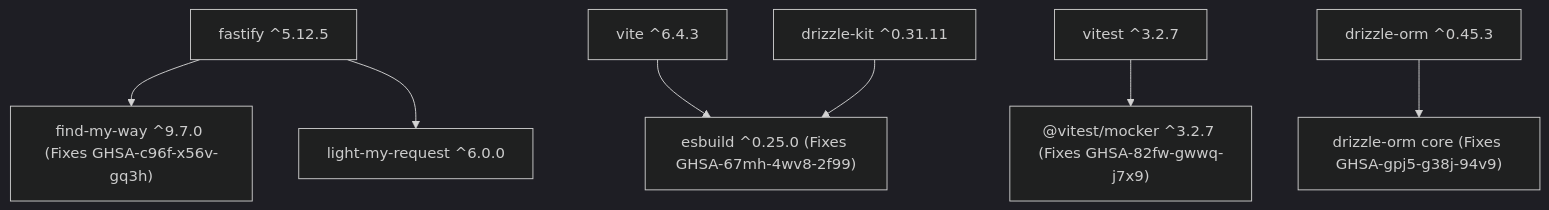
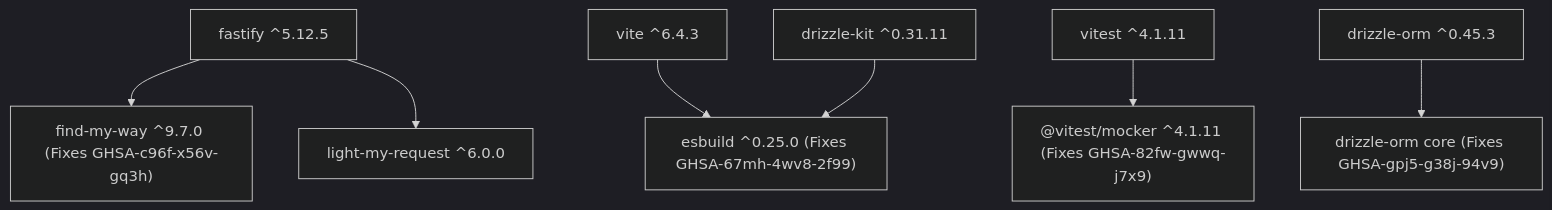
Before and after one commit to jar-ce/FinanceCommandCenter: the diagram in docs/PHASE_21_DEPENDENCY_SECURITY_RUNTIME_MODERNIZATION_PLAN.md, drawn with Mermaid (dark theme). The commit also changed other lines of this file, not shown here.

````diff
--- a/docs/PHASE_21_DEPENDENCY_SECURITY_RUNTIME_MODERNIZATION_PLAN.md
+++ b/docs/PHASE_21_DEPENDENCY_SECURITY_RUNTIME_MODERNIZATION_PLAN.md
@@ -158,9 +169,9 @@
 ```mermaid
 graph TD
     Fastify5["fastify ^5.12.5"] --> FindMyWay["find-my-way ^9.7.0 (Fixes GHSA-c96f-x56v-gq3h)"]
     Fastify5 --> LightMyRequest["light-my-request ^6.0.0"]
     Vite6["vite ^6.4.3"] --> Esbuild25["esbuild ^0.25.0 (Fixes GHSA-67mh-4wv8-2f99)"]
     DrizzleKit31["drizzle-kit ^0.31.11"] --> Esbuild25
-    Vitest3["vitest ^3.2.7"] --> VitestMocker["@vitest/mocker ^3.2.7 (Fixes GHSA-82fw-gwwq-j7x9)"]
+    Vitest4["vitest ^4.1.11"] --> VitestMocker["@vitest/mocker ^4.1.11 (Fixes GHSA-82fw-gwwq-j7x9)"]
     Drizzle045["drizzle-orm ^0.45.3"] --> DrizzleCore["drizzle-orm core (Fixes GHSA-gpj5-g38j-94v9)"]
 ```
````
